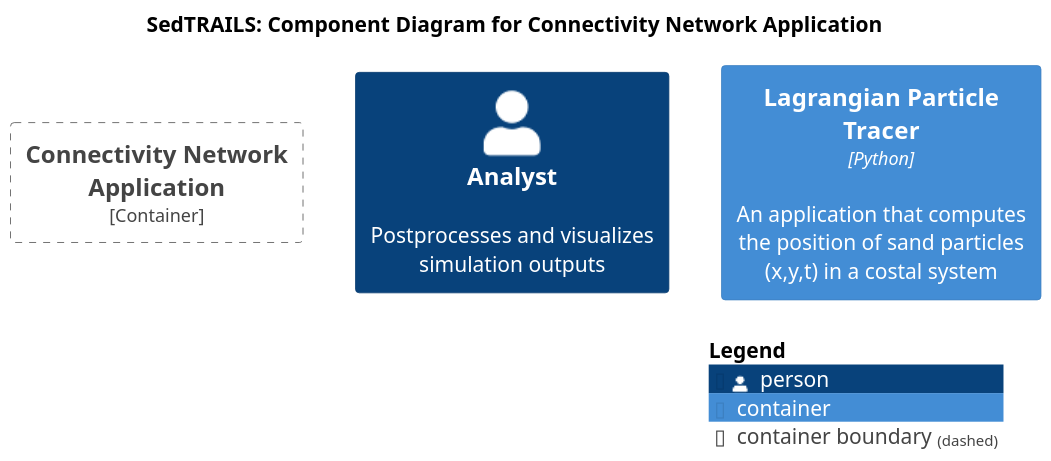
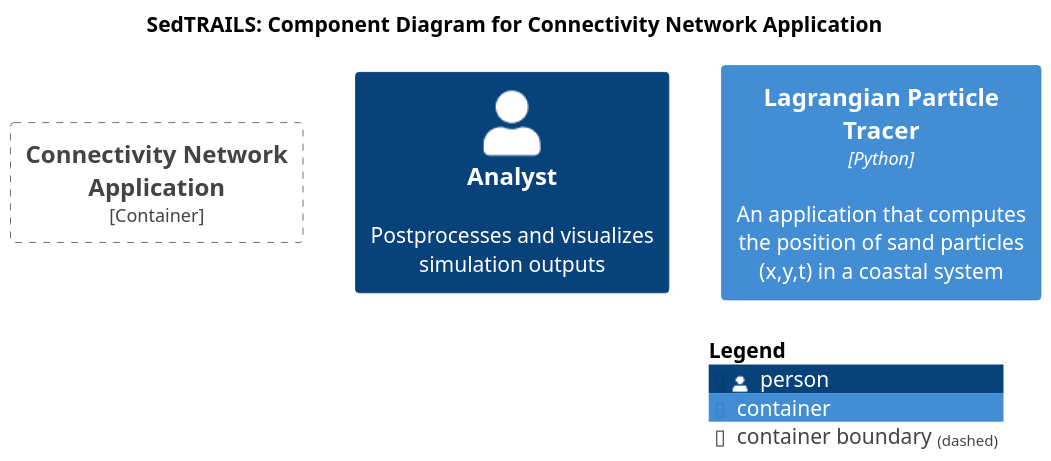
Before and after one commit to sgpearson17/sedtrails-sgp: the diagram in diagrams/components-connectivity-app.puml, drawn with PlantUML. The commit also changed 7 other files, not shown here.

Commit message:
final revisions of the diagrams

```diff
--- a/diagrams/components-connectivity-app.puml
+++ b/diagrams/components-connectivity-app.puml
@@ -1,23 +1,23 @@
 @startuml SedtrailComponentsConnectivityNetwork
 !include ./c4/C4_Component.puml
 ' !theme C4_sandstone from ./c4/themes
 
 
 ' LAYOUT_LANDSCAPE()
 
 title SedTRAILS: Component Diagram for Connectivity Network Application
 scale 1.5
 
 AddElementTag("review", $bgColor="lightred", $fontColor="red", $borderColor="red")
 
 Person(analyst, "Analyst", "Postprocesses and visualizes simulation outputs")
 
 Container_Boundary(connectivityNet, "Connectivity Network Application"){
     
 }
     
-Container(sedtrailsTracer, "Lagrangian Particle Tracer", "Python", "An application that computes the position of sand particles (x,y,t) in a costal system")
+Container(sedtrailsTracer, "Lagrangian Particle Tracer", "Python", "An application that computes the position of sand particles (x,y,t) in a coastal system")
 
 
 SHOW_LEGEND()
 @enduml
```
